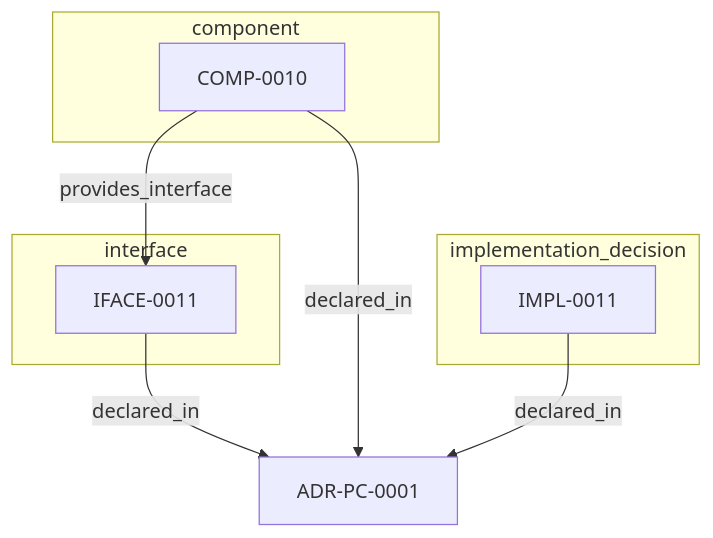
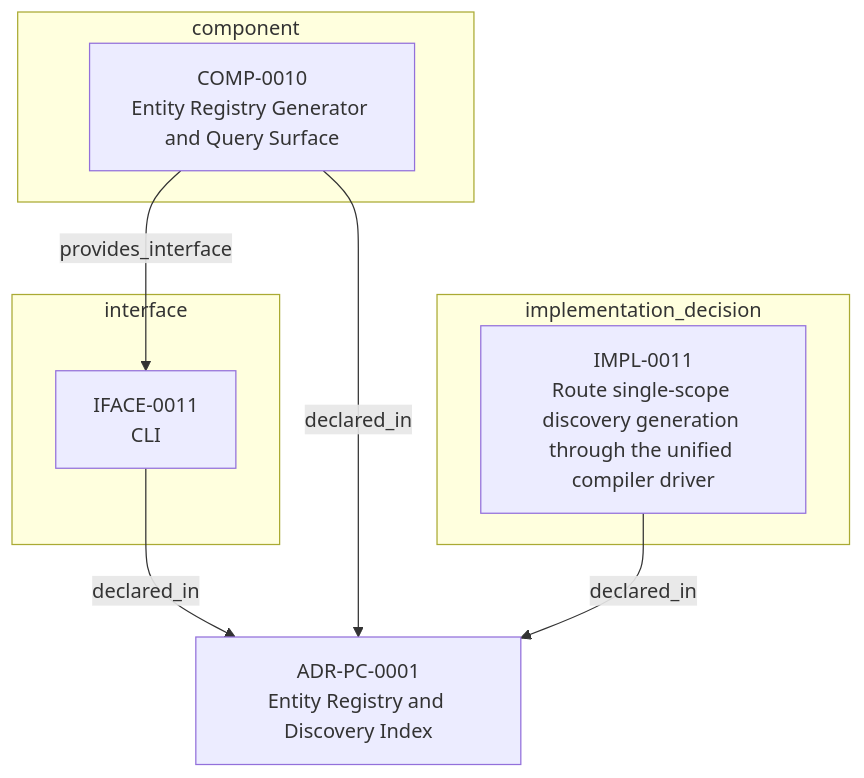
Before and after one commit to egallmann/adr-architecture-kit: the third of 3 diagrams in adrs/adr-projection/physical-component/ADR-PC-0001-entity-registry-and-discovery-index.md, drawn with Mermaid. The commit also changed other lines of this file and 35 other files, not shown here.

````diff
--- a/adrs/adr-projection/physical-component/ADR-PC-0001-entity-registry-and-discovery-index.md
+++ b/adrs/adr-projection/physical-component/ADR-PC-0001-entity-registry-and-discovery-index.md
@@ -125,17 +190,17 @@
 ```mermaid
 flowchart TB
-  n_019fee89_e617_7270_ab2f_58a756d2530e["ADR-PC-0001"]
+  n_019fee89_e617_7270_ab2f_58a756d2530e["ADR-PC-0001<br/>Entity Registry and Discovery Index"]
   subgraph sg_component["component"]
-    n_019fee89_e617_76d8_a333_e21361cd6602["COMP-0010"]
+    n_019fee89_e617_76d8_a333_e21361cd6602["COMP-0010<br/>Entity Registry Generator and Query Surface"]
   end
   subgraph sg_interface["interface"]
-    n_019fee89_e617_70e7_bb17_27b693ad01a8["IFACE-0011"]
+    n_019fee89_e617_70e7_bb17_27b693ad01a8["IFACE-0011<br/>CLI"]
   end
   subgraph sg_implementation_decision["implementation_decision"]
-    n_019fee89_e617_7ee7_9f1f_0a720dc4f1b0["IMPL-0011"]
+    n_019fee89_e617_7ee7_9f1f_0a720dc4f1b0["IMPL-0011<br/>Route single-scope discovery generation through the unified compiler driver"]
   end
   n_019fee89_e617_70e7_bb17_27b693ad01a8 -->|"declared_in"| n_019fee89_e617_7270_ab2f_58a756d2530e
   n_019fee89_e617_76d8_a333_e21361cd6602 -->|"declared_in"| n_019fee89_e617_7270_ab2f_58a756d2530e
   n_019fee89_e617_7ee7_9f1f_0a720dc4f1b0 -->|"declared_in"| n_019fee89_e617_7270_ab2f_58a756d2530e
   n_019fee89_e617_76d8_a333_e21361cd6602 -->|"provides_interface"| n_019fee89_e617_70e7_bb17_27b693ad01a8
 ```
````
